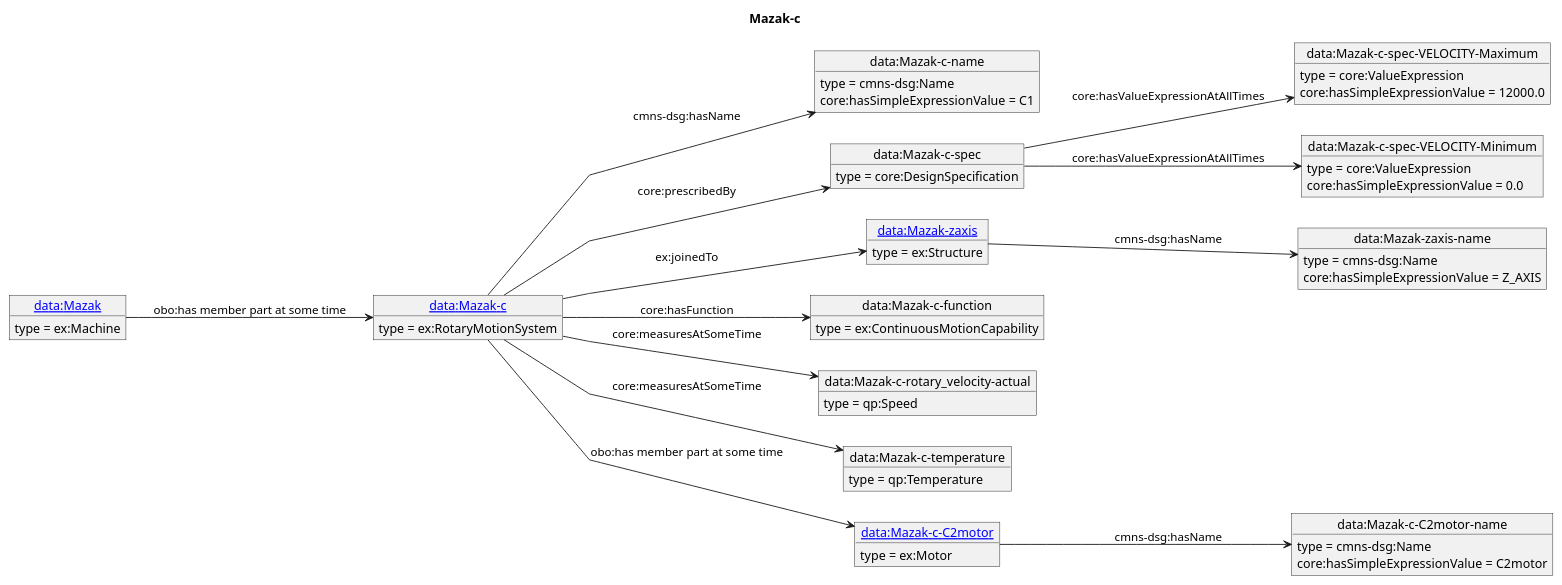
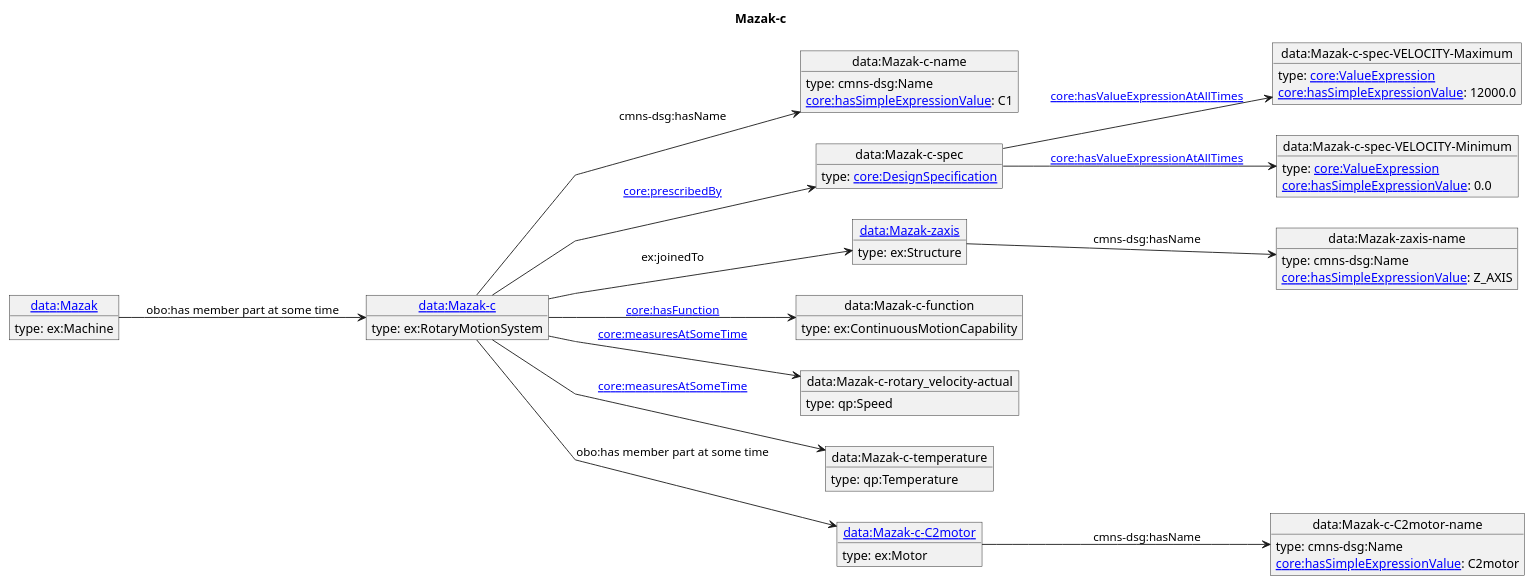
Before and after one commit to iofoundry/example-syseng-mtconnect: the diagram in diagrams/Mazak-c.puml, drawn with PlantUML. The commit also changed 143 other files, not shown here.

Commit message:
Added links for core ontology

```diff
--- a/diagrams/Mazak-c.puml
+++ b/diagrams/Mazak-c.puml
@@ -1,61 +1,61 @@
 @startuml
 skinparam linetype polyline
 left to right direction
 title Mazak-c
 object "[[./Mazak-c.html data:Mazak-c]]" as o1 {
- type = ex:RotaryMotionSystem
- }
+ type: ex:RotaryMotionSystem 
+}
 object "data:Mazak-c-name" as o2 {
- type = cmns-dsg:Name
- }
+ type: cmns-dsg:Name 
+}
 object "data:Mazak-c-spec" as o3 {
- type = core:DesignSpecification
- }
+ type: [[https://spec.industrialontologies.org/ontology/core/Core/DesignSpecification core:DesignSpecification]] 
+}
 object "data:Mazak-c-spec-VELOCITY-Maximum" as o4 {
- type = core:ValueExpression
- }
+ type: [[https://spec.industrialontologies.org/ontology/core/Core/ValueExpression core:ValueExpression]] 
+}
 object "data:Mazak-c-spec-VELOCITY-Minimum" as o5 {
- type = core:ValueExpression
- }
+ type: [[https://spec.industrialontologies.org/ontology/core/Core/ValueExpression core:ValueExpression]] 
+}
 object "[[./Mazak-zaxis.html data:Mazak-zaxis]]" as o6 {
- type = ex:Structure
- }
+ type: ex:Structure 
+}
 object "data:Mazak-zaxis-name" as o7 {
- type = cmns-dsg:Name
- }
+ type: cmns-dsg:Name 
+}
 object "data:Mazak-c-function" as o8 {
- type = ex:ContinuousMotionCapability
- }
+ type: ex:ContinuousMotionCapability 
+}
 object "data:Mazak-c-rotary_velocity-actual" as o9 {
- type = qp:Speed
- }
+ type: qp:Speed 
+}
 object "data:Mazak-c-temperature" as o10 {
- type = qp:Temperature
- }
+ type: qp:Temperature 
+}
 object "[[./Mazak-c-C2motor.html data:Mazak-c-C2motor]]" as o11 {
- type = ex:Motor
- }
+ type: ex:Motor 
+}
 object "data:Mazak-c-C2motor-name" as o12 {
- type = cmns-dsg:Name
- }
+ type: cmns-dsg:Name 
+}
 object "[[./Mazak.html data:Mazak]]" as o13 {
- type = ex:Machine
- }
+ type: ex:Machine 
+}
 o1 --> o2 : cmns-dsg:hasName
-o2 : core:hasSimpleExpressionValue = C1
-o1 --> o3 : core:prescribedBy
-o3 --> o4 : core:hasValueExpressionAtAllTimes
-o4 : core:hasSimpleExpressionValue = 12000.0
-o3 --> o5 : core:hasValueExpressionAtAllTimes
-o5 : core:hasSimpleExpressionValue = 0.0
+o2 : [[https://spec.industrialontologies.org/ontology/core/Core/hasSimpleExpressionValue core:hasSimpleExpressionValue]]: C1
+o1 --> o3 : [[https://spec.industrialontologies.org/ontology/core/Core/prescribedBy core:prescribedBy]]
+o3 --> o4 : [[https://spec.industrialontologies.org/ontology/core/Core/hasValueExpressionAtAllTimes core:hasValueExpressionAtAllTimes]]
+o4 : [[https://spec.industrialontologies.org/ontology/core/Core/hasSimpleExpressionValue core:hasSimpleExpressionValue]]: 12000.0
+o3 --> o5 : [[https://spec.industrialontologies.org/ontology/core/Core/hasValueExpressionAtAllTimes core:hasValueExpressionAtAllTimes]]
+o5 : [[https://spec.industrialontologies.org/ontology/core/Core/hasSimpleExpressionValue core:hasSimpleExpressionValue]]: 0.0
 o1 --> o6 : ex:joinedTo
 o6 --> o7 : cmns-dsg:hasName
-o7 : core:hasSimpleExpressionValue = Z_AXIS
-o1 --> o8 : core:hasFunction
-o1 --> o9 : core:measuresAtSomeTime
-o1 --> o10 : core:measuresAtSomeTime
+o7 : [[https://spec.industrialontologies.org/ontology/core/Core/hasSimpleExpressionValue core:hasSimpleExpressionValue]]: Z_AXIS
+o1 --> o8 : [[https://spec.industrialontologies.org/ontology/core/Core/hasFunction core:hasFunction]]
+o1 --> o9 : [[https://spec.industrialontologies.org/ontology/core/Core/measuresAtSomeTime core:measuresAtSomeTime]]
+o1 --> o10 : [[https://spec.industrialontologies.org/ontology/core/Core/measuresAtSomeTime core:measuresAtSomeTime]]
 o1 --> o11 : obo:has member part at some time
 o11 --> o12 : cmns-dsg:hasName
-o12 : core:hasSimpleExpressionValue = C2motor
+o12 : [[https://spec.industrialontologies.org/ontology/core/Core/hasSimpleExpressionValue core:hasSimpleExpressionValue]]: C2motor
 o13 --> o1 : obo:has member part at some time
 @enduml
```
